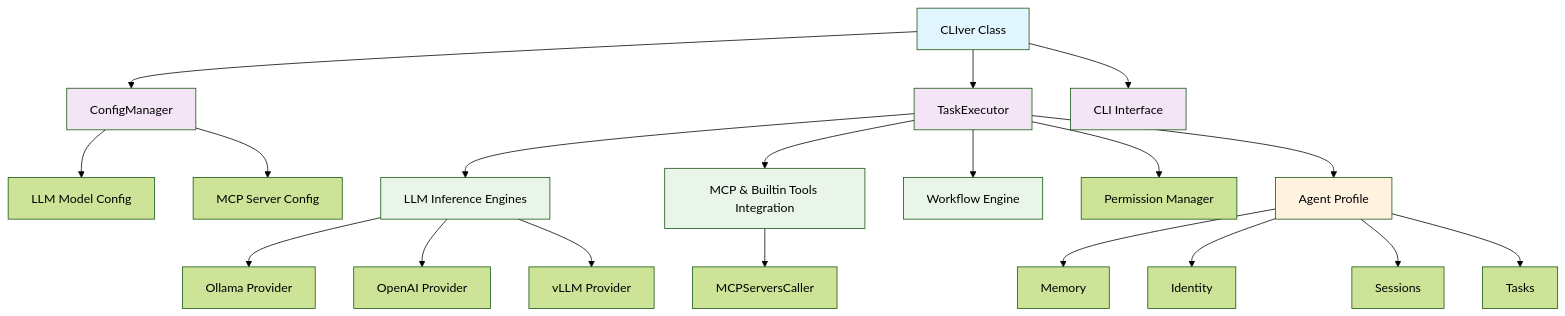
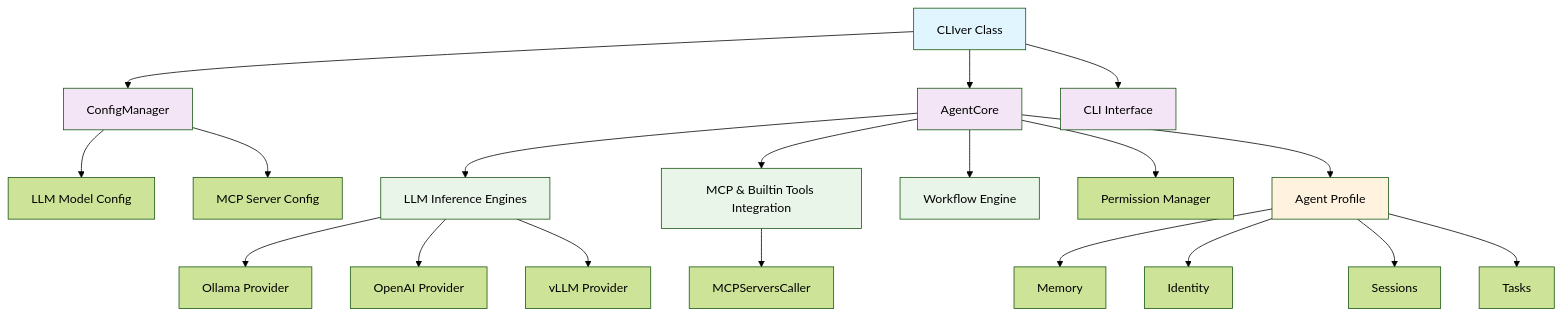
The diagram in docs/overview.md (cliver-project/CLIver), drawn with Mermaid (forest theme) before and after one commit. The commit also changed other lines of this file and 138 other files, not shown here.

````diff
--- a/docs/overview.md
+++ b/docs/overview.md
@@ -52,35 +52,35 @@
 ```mermaid
 graph TD
     A[CLIver Class] --> B[ConfigManager]
-    A --> C[TaskExecutor]
+    A --> C[AgentCore]
     A --> D[CLI Interface]
 
     B --> E[LLM Model Config]
     B --> F[MCP Server Config]
 
     C --> G[LLM Inference Engines]
     C --> H[MCP & Builtin Tools Integration]
     C --> I[Workflow Engine]
     C --> N[Permission Manager]
     C --> O[Agent Profile]
 
     G --> J[Ollama Provider]
     G --> K[OpenAI Provider]
     G --> L[vLLM Provider]
 
     H --> M[MCPServersCaller]
 
     O --> P[Memory]
     O --> Q[Identity]
     O --> R[Sessions]
     O --> S[Tasks]
 
     style A fill:#e1f5fe
     style B fill:#f3e5f5
     style C fill:#f3e5f5
     style D fill:#f3e5f5
     style G fill:#e8f5e8
     style H fill:#e8f5e8
     style I fill:#e8f5e8
     style O fill:#fff3e0
 ```
````
